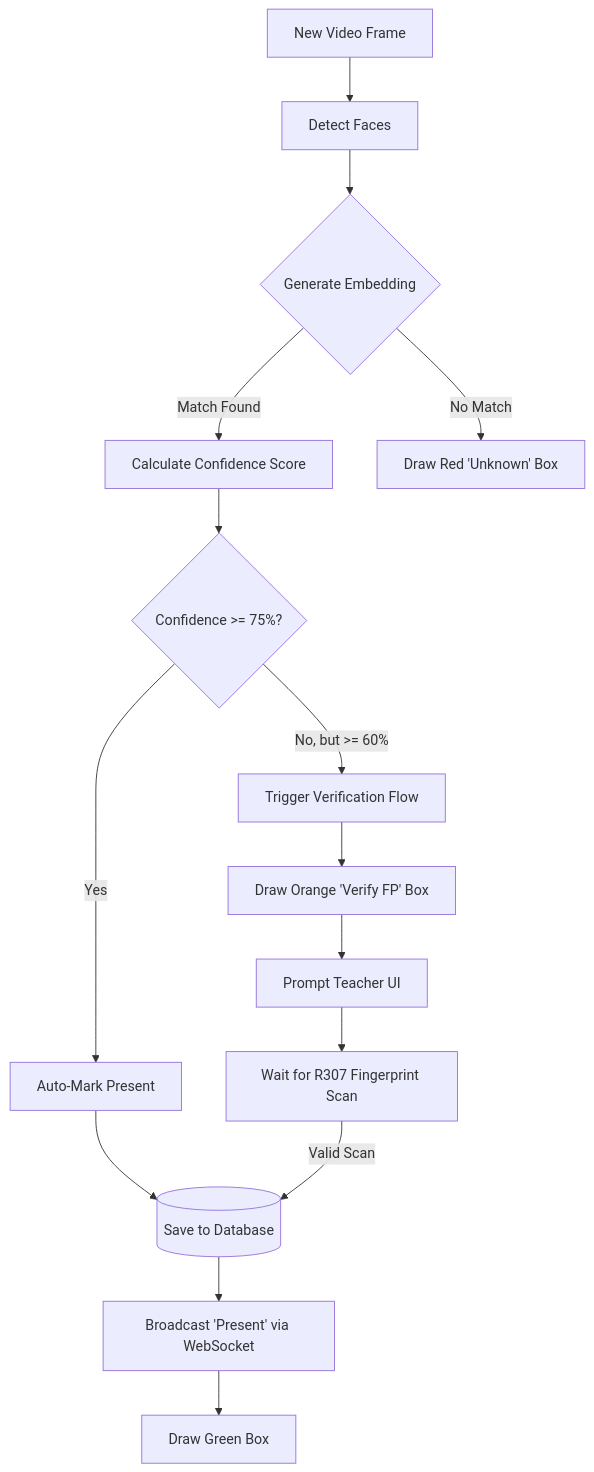
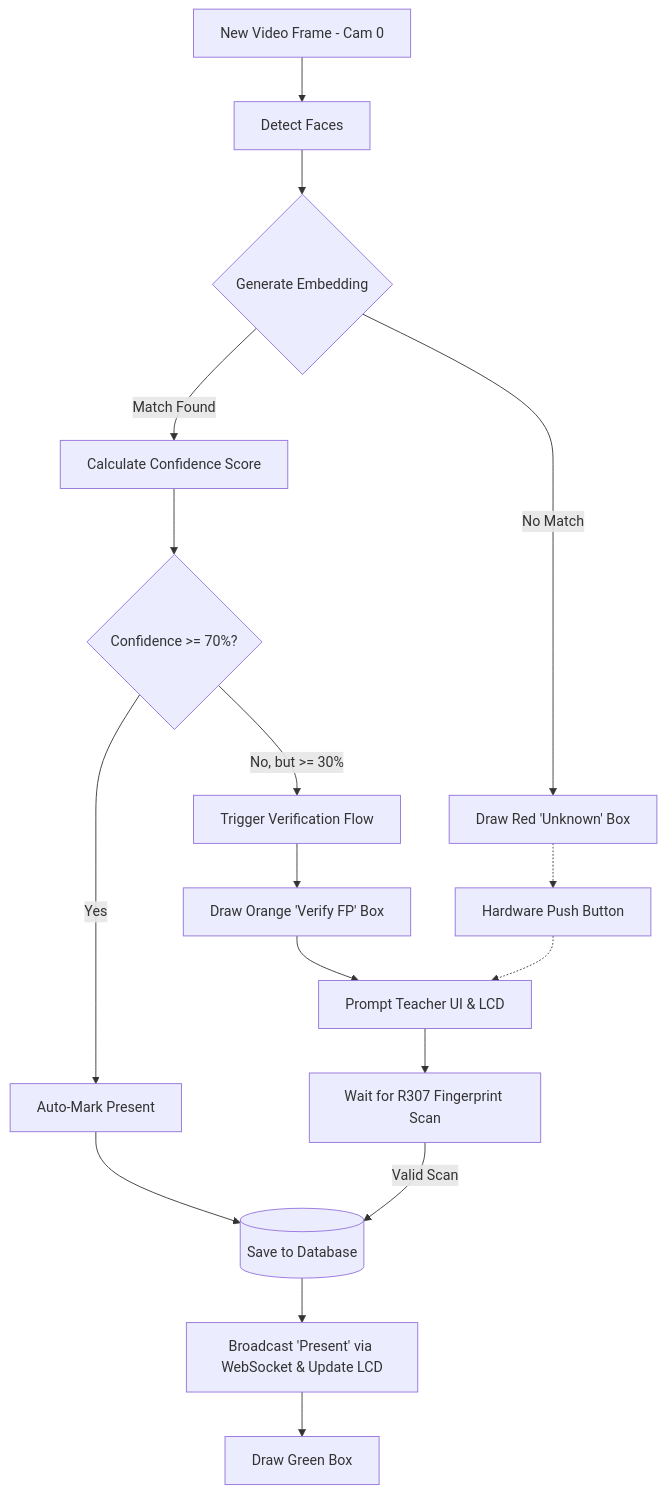
Before and after one commit to AbirHasanArko/ClassOS: the second of 2 diagrams in README.md, drawn with Mermaid. The commit also changed other lines of this file, not shown here.

Commit message:
docs: update README with latest hardware features and AI pipelines

````diff
--- a/README.md
+++ b/README.md
@@ -215,19 +221,23 @@
 ```mermaid
 flowchart TD
-    A[New Video Frame] --> B[Detect Faces]
+    A[New Video Frame - Cam 0] --> B[Detect Faces]
     B --> C{Generate Embedding}
     C -- Match Found --> D[Calculate Confidence Score]
     C -- No Match --> E[Draw Red 'Unknown' Box]
     
-    D --> F{Confidence >= 75%?}
+    D --> F{Confidence >= 70%?}
     F -- Yes --> G[Auto-Mark Present]
     G --> H[(Save to Database)]
-    H --> I[Broadcast 'Present' via WebSocket]
+    H --> I[Broadcast 'Present' via WebSocket & Update LCD]
     I --> J[Draw Green Box]
     
-    F -- No, but >= 60% --> K[Trigger Verification Flow]
+    F -- No, but >= 30% --> K[Trigger Verification Flow]
     K --> L[Draw Orange 'Verify FP' Box]
-    L --> M[Prompt Teacher UI]
+    L --> M[Prompt Teacher UI & LCD]
+    
+    P[Hardware Push Button] -.-> M
+    E -.-> P
+    
     M --> N[Wait for R307 Fingerprint Scan]
     N -- Valid Scan --> H
 ```
````
